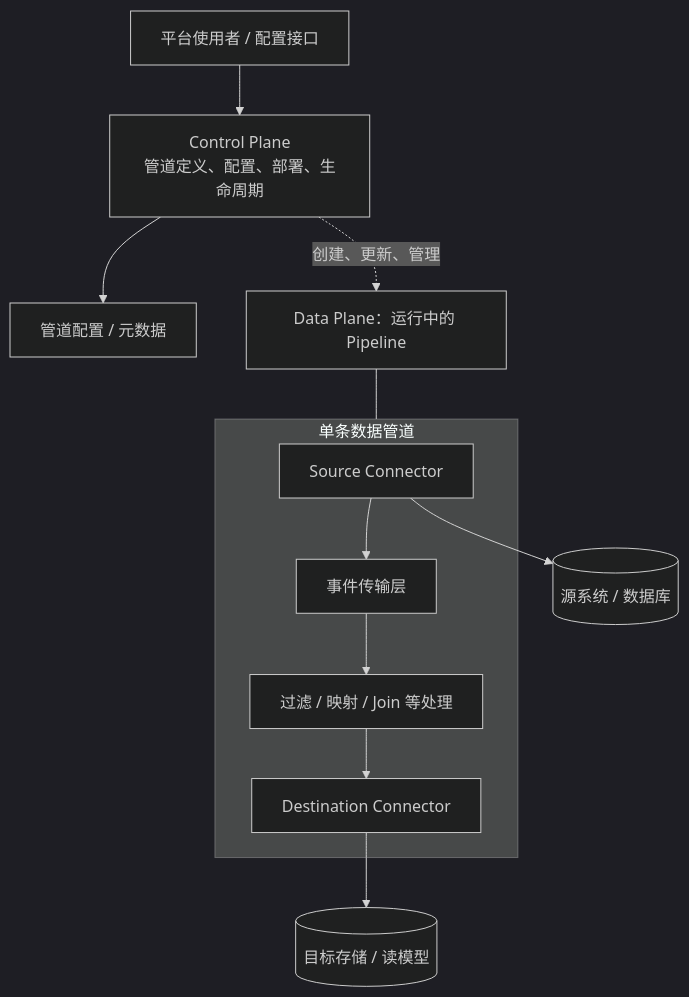
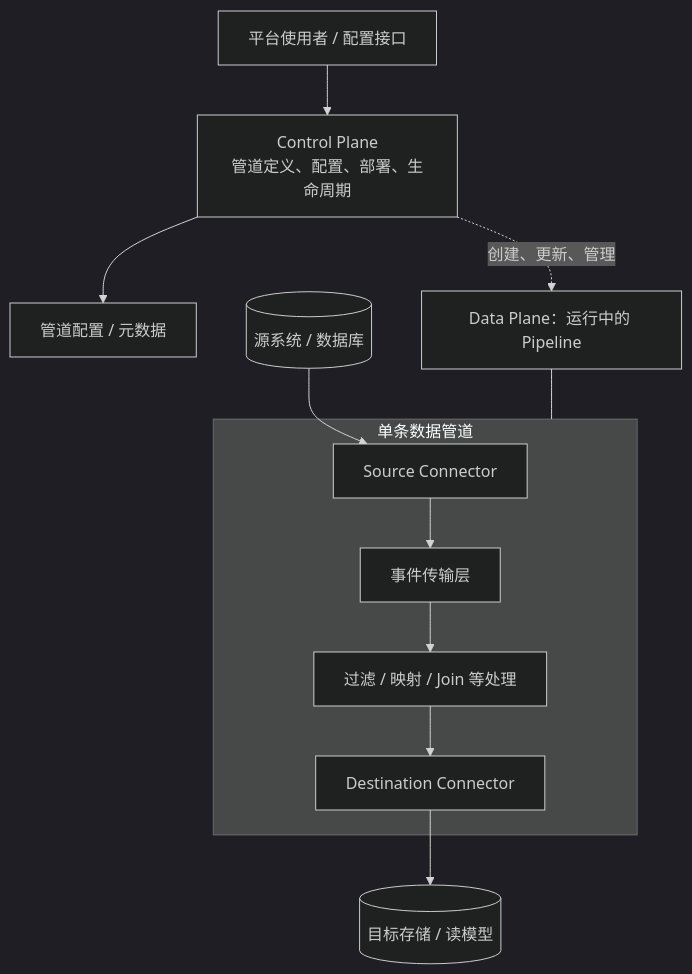
Diagram 15 of 18 in src/content/blog/financial-services-cqrs-postgres-snowflake.md (devweekly/devweekly.github.io), drawn with Mermaid (dark theme) before and after one commit. The commit also changed other lines of this file, not shown here.

Commit message:
Correct data-flow arrows in Mermaid reference diagrams

```diff
--- a/src/content/blog/financial-services-cqrs-postgres-snowflake.md
+++ b/src/content/blog/financial-services-cqrs-postgres-snowflake.md
@@ -782,12 +782,12 @@
 ~~~mermaid
 flowchart TB
     Operator["平台使用者 / 配置接口"] --> Controller["Control Plane<br/>管道定义、配置、部署、生命周期"]
     Controller --> Registry["管道配置 / 元数据"]
     Controller -. "创建、更新、管理" .-> Runtime["Data Plane：运行中的 Pipeline"]
     subgraph Pipeline["单条数据管道"]
         Source["Source Connector"] --> Transport["事件传输层"] --> Processor["过滤 / 映射 / Join 等处理"] --> Sink["Destination Connector"]
     end
     Runtime --- Pipeline
-    Source --> SourceDB[("源系统 / 数据库")]
+    SourceDB[("源系统 / 数据库")] --> Source["Source Connector"]
     Sink --> Target[("目标存储 / 读模型")]
 ~~~
```
